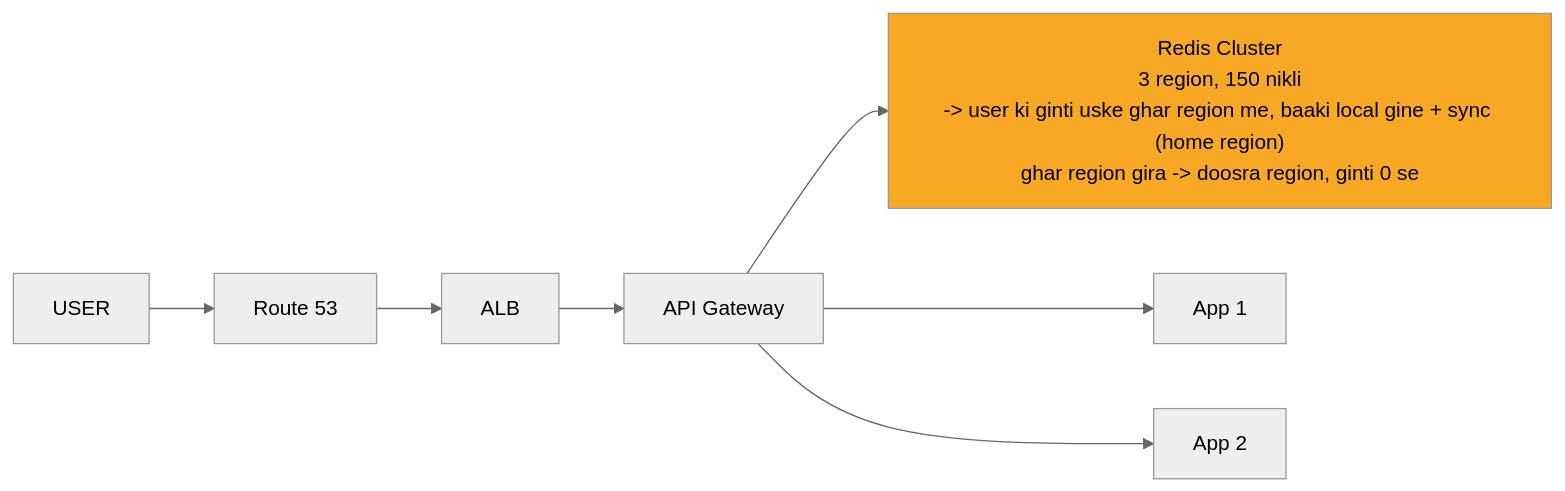
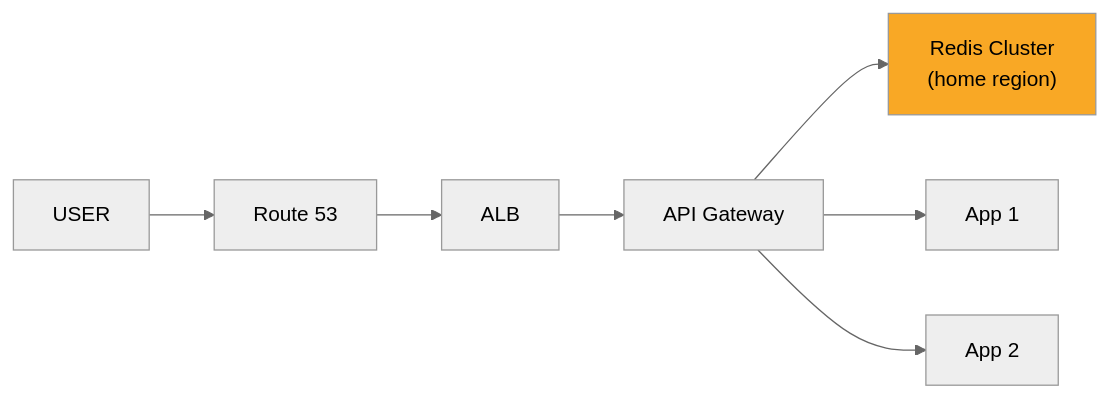
One commit to ArpanMaheshwari144/Prep changed the diagram in 04_HLD/SYSTEM_DESIGNS/02_rate_limiter/img/c5.mmd. Above: the diagram before and after it, drawn with Mermaid (neutral theme). The commit also changed 28 other files, not shown here.

```diff
--- a/04_HLD/SYSTEM_DESIGNS/02_rate_limiter/img/c5.mmd
+++ b/04_HLD/SYSTEM_DESIGNS/02_rate_limiter/img/c5.mmd
@@ -1,16 +1,16 @@
 %%{init: {"flowchart": {"wrappingWidth": 450}}}%%
 flowchart LR
     n_USER["USER"]
     n_Route_53["Route 53"]
     n_ALB["ALB"]
     n_API_Gateway["API Gateway"]
-    n_Redis_Cluster["Redis Cluster<br/>3 region, 150 nikli<br/>-> user ki ginti uske ghar region me, baaki local gine + sync (home region)<br/>ghar region gira -> doosra region, ginti 0 se"]
+    n_Redis_Cluster["Redis Cluster<br/>(home region)"]
     n_App_x_N_1["App 1"]
     n_App_x_N_2["App 2"]
     n_USER --> n_Route_53
     n_Route_53 --> n_ALB
     n_ALB --> n_API_Gateway
     n_API_Gateway --> n_Redis_Cluster
     n_API_Gateway --> n_App_x_N_1
     n_API_Gateway --> n_App_x_N_2
     style n_Redis_Cluster fill:#f9a825,color:#000
```
